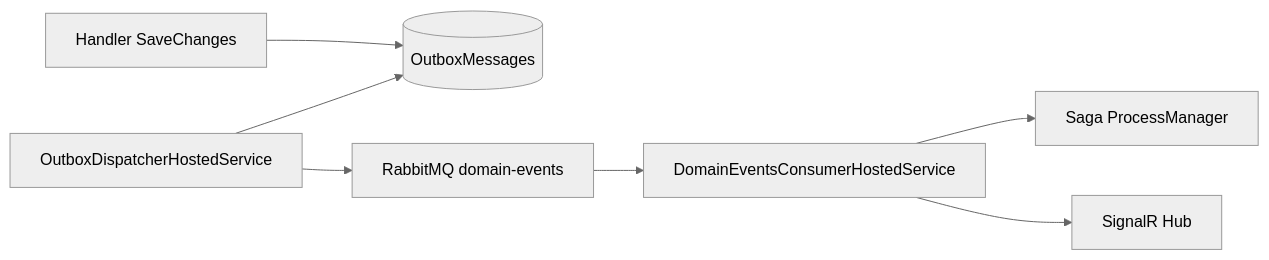
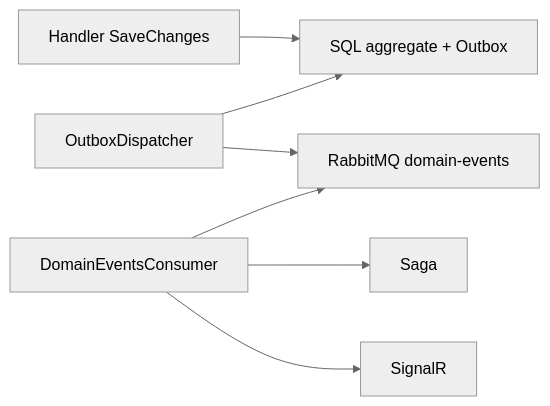
One commit to fdeniz07/BankApp changed the first of 2 diagrams in docs/learning/de/14-outbox-events.md. Above: the diagram before and after it, drawn with Mermaid (neutral theme). The commit also changed other lines of this file and 105 other files, not shown here.

First line of the commit message:
doc: Enrich learning chapters with labs, pitfalls, and safe Mermaid

````diff
--- a/docs/learning/de/14-outbox-events.md
+++ b/docs/learning/de/14-outbox-events.md
@@ -10,16 +11,9 @@
 ```mermaid
 flowchart LR
-  handler[Handler SaveChanges]
-  outbox[(OutboxMessages)]
-  dispatcher[OutboxDispatcherHostedService]
-  rmq[RabbitMQ domain-events]
-  consumer[DomainEventsConsumerHostedService]
-  saga[Saga ProcessManager]
-  signalr[SignalR Hub]
-  handler --> outbox
-  dispatcher --> outbox
-  dispatcher --> rmq
-  rmq --> consumer
-  consumer --> saga
-  consumer --> signalr
+  H["Handler SaveChanges"] --> DB["SQL aggregate + Outbox"]
+  D["OutboxDispatcher"] --> DB
+  D --> RMQ["RabbitMQ domain-events"]
+  C["DomainEventsConsumer"] --> RMQ
+  C --> PM["Saga"]
+  C --> SR["SignalR"]
 ```
````
